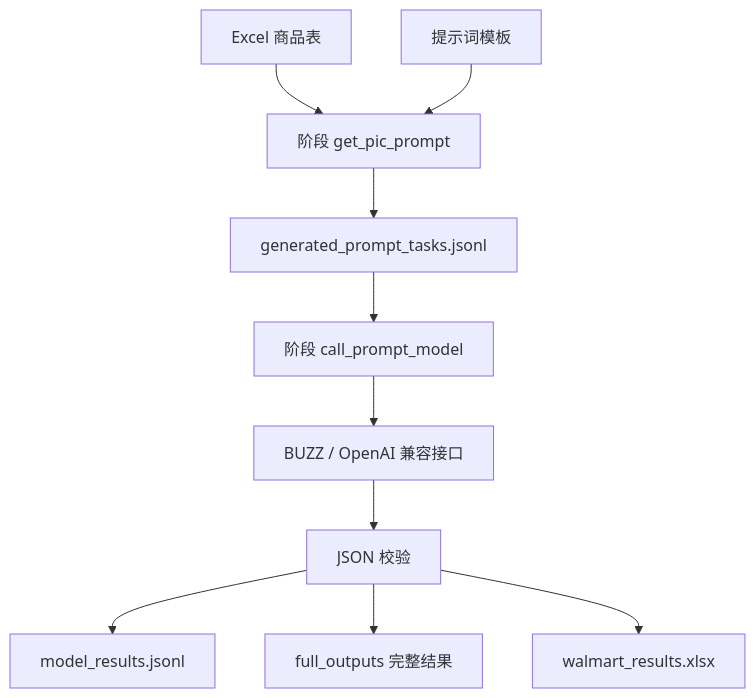
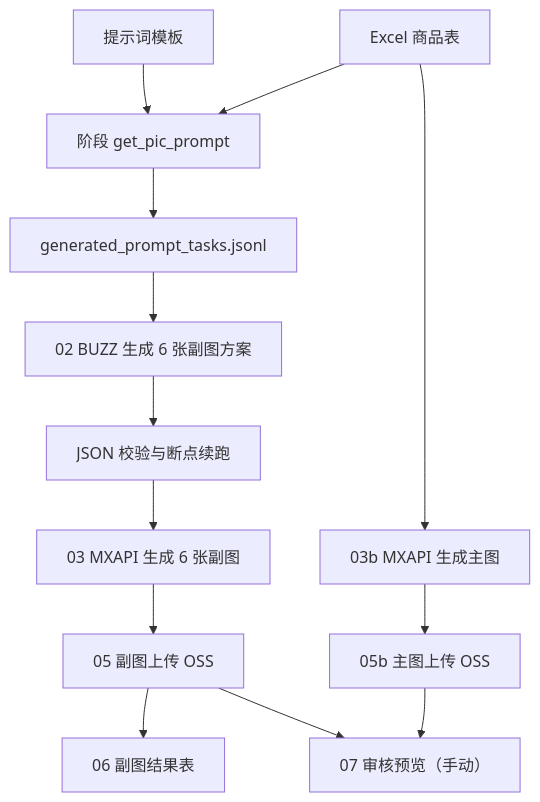
One commit to lzk-work/ai_gateway changed the diagram in docs/architecture.md. Above: the diagram before and after it, drawn with Mermaid. The commit also changed other lines of this file and 35 other files, not shown here.

Commit message:
接入兔子API生图平台

````diff
--- a/docs/architecture.md
+++ b/docs/architecture.md
@@ -46,12 +46,15 @@
 ```mermaid
 graph TD
   A["Excel 商品表"] --> B["阶段 get_pic_prompt"]
   C["提示词模板"] --> B
   B --> D["generated_prompt_tasks.jsonl"]
-  D --> E["阶段 call_prompt_model"]
-  E --> F["BUZZ / OpenAI 兼容接口"]
-  F --> G["JSON 校验"]
-  G --> H["model_results.jsonl"]
-  G --> I["full_outputs 完整结果"]
-  G --> J["walmart_results.xlsx"]
+  D --> E["02 BUZZ 生成 6 张副图方案"]
+  E --> F["JSON 校验与断点续跑"]
+  A --> G["03b MXAPI 生成主图"]
+  F --> H["03 MXAPI 生成 6 张副图"]
+  G --> I["05b 主图上传 OSS"]
+  H --> J["05 副图上传 OSS"]
+  J --> K["06 副图结果表"]
+  I --> L["07 审核预览（手动）"]
+  J --> L
 ```
````
